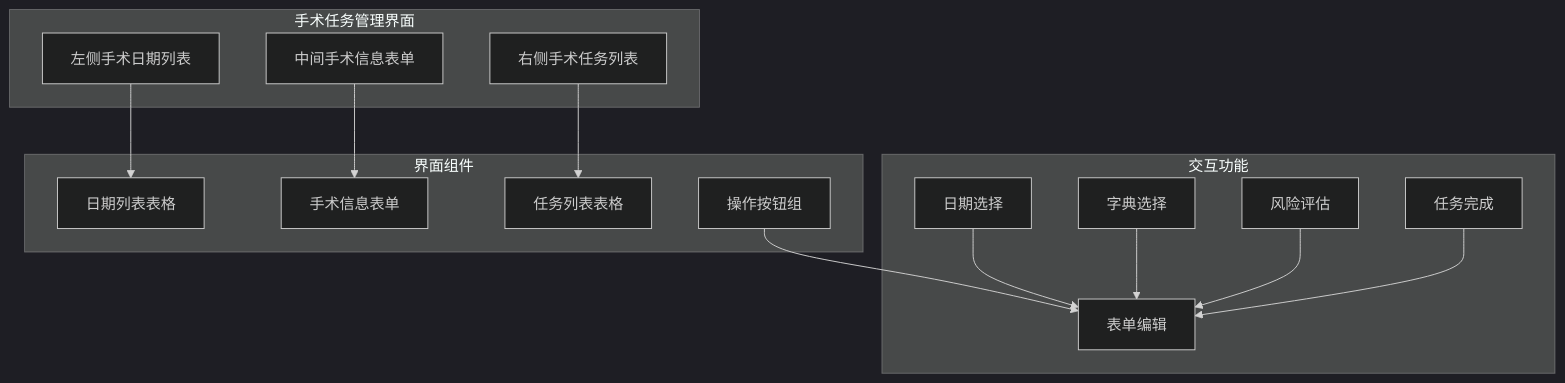
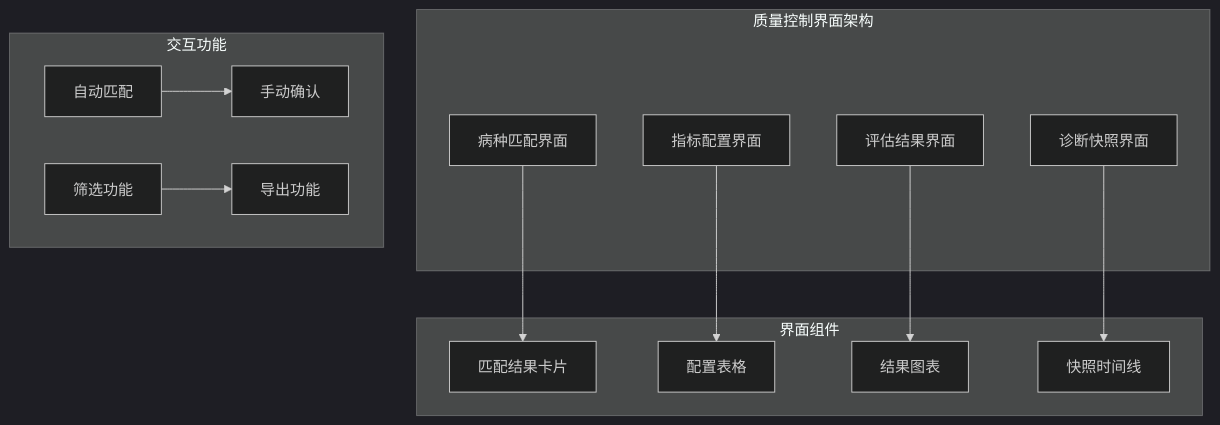
One commit to liuzh2008/med_ai_assistant_workspace changed diagram 14 of 17 in .qoder/repowiki/zh/content/Update Summary/Update Summary.md. Above: the diagram before and after it, drawn with Mermaid (dark theme). The commit also changed other lines of this file and 6 other files, not shown here.

````diff
--- a/.qoder/repowiki/zh/content/Update Summary/Update Summary.md
+++ b/.qoder/repowiki/zh/content/Update Summary/Update Summary.md
@@ -761,29 +1028,27 @@
 ```mermaid
 graph TB
-subgraph "手术任务管理界面"
-LeftPanel[左侧手术日期列表]
-CenterPanel[中间手术信息表单]
-RightPanel[右侧手术任务列表]
+subgraph "质量控制界面架构"
+DiseaseMatch[病种匹配界面]
+IndicatorConfig[指标配置界面]
+AssessmentResult[评估结果界面]
+DiagnosisSnapshot[诊断快照界面]
 end
 subgraph "界面组件"
-DateList[日期列表表格]
-SurgeryForm[手术信息表单]
-TaskList[任务列表表格]
-ButtonGroup[操作按钮组]
+MatchCard[匹配结果卡片]
+ConfigTable[配置表格]
+ResultChart[结果图表]
+SnapshotTimeline[快照时间线]
 end
 subgraph "交互功能"
-DateSelection[日期选择]
-FormEditing[表单编辑]
-TaskCompletion[任务完成]
-Dictionary[字典选择]
-RiskAssessment[风险评估]
+AutoMatch[自动匹配]
+ManualConfirm[手动确认]
+Filter[筛选功能]
+Export[导出功能]
 end
-LeftPanel --> DateList
-CenterPanel --> SurgeryForm
-RightPanel --> TaskList
-ButtonGroup --> FormEditing
-DateSelection --> FormEditing
-Dictionary --> FormEditing
-RiskAssessment --> FormEditing
-TaskCompletion --> FormEditing
+DiseaseMatch --> MatchCard
+IndicatorConfig --> ConfigTable
+AssessmentResult --> ResultChart
+DiagnosisSnapshot --> SnapshotTimeline
+AutoMatch --> ManualConfirm
+Filter --> Export
 ```
````
